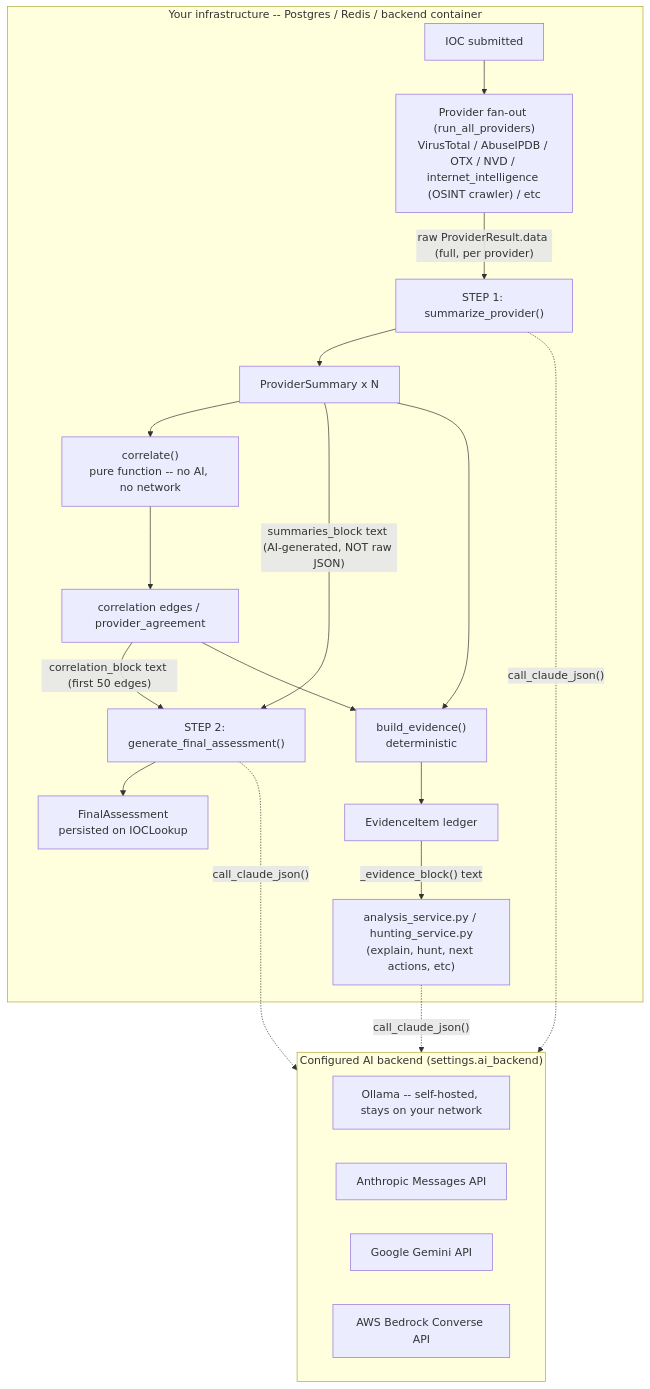
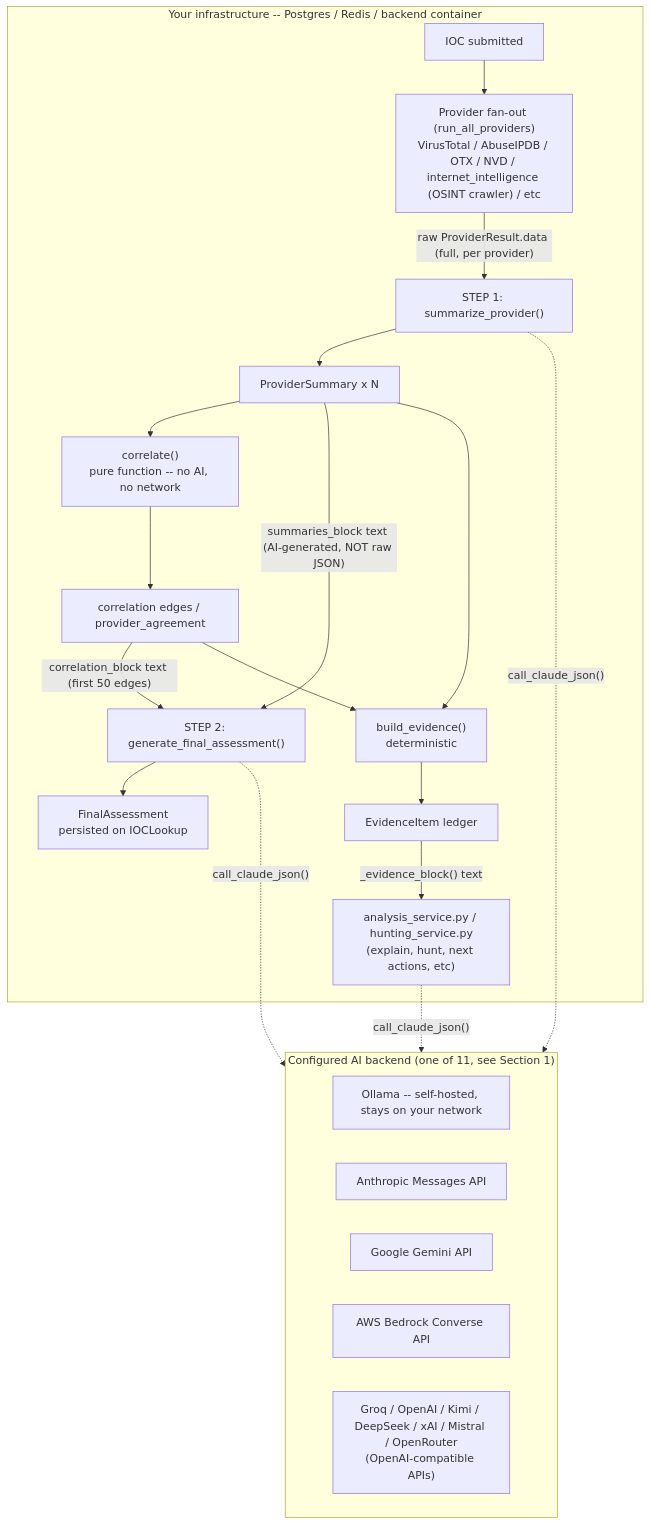
Before and after one commit to neshboy/horizon-grid: the second of 2 diagrams in docs/AI_ENGINE.md, drawn with Mermaid. The commit also changed other lines of this file and 101 other files, not shown here.

````diff
--- a/docs/AI_ENGINE.md
+++ b/docs/AI_ENGINE.md
@@ -379,26 +454,27 @@
 ```mermaid
 flowchart TB
     subgraph HOST["Your infrastructure -- Postgres / Redis / backend container"]
         IOC["IOC submitted"] --> PROV["Provider fan-out (run_all_providers)\nVirusTotal / AbuseIPDB / OTX / NVD / internet_intelligence (OSINT crawler) / etc"]
         PROV -->|"raw ProviderResult.data (full, per provider)"| STEP1["STEP 1: summarize_provider()"]
         STEP1 --> SUMM["ProviderSummary x N"]
         SUMM --> CORR["correlate()\npure function -- no AI, no network"]
         CORR --> EDGES["correlation edges / provider_agreement"]
         SUMM -->|"summaries_block text (AI-generated, NOT raw JSON)"| STEP2["STEP 2: generate_final_assessment()"]
         EDGES -->|"correlation_block text (first 50 edges)"| STEP2
         STEP2 --> FA["FinalAssessment\npersisted on IOCLookup"]
         SUMM --> EV["build_evidence()\ndeterministic"]
         EDGES --> EV
         EV --> ELED["EvidenceItem ledger"]
         ELED -->|"_evidence_block() text"| DOWNSTREAM["analysis_service.py / hunting_service.py\n(explain, hunt, next actions, etc)"]
     end
-    subgraph AIB["Configured AI backend (settings.ai_backend)"]
+    subgraph AIB["Configured AI backend (one of 11, see Section 1)"]
         OLL["Ollama -- self-hosted, stays on your network"]
         ANT["Anthropic Messages API"]
         GEM["Google Gemini API"]
         BED["AWS Bedrock Converse API"]
+        OTH["Groq / OpenAI / Kimi / DeepSeek / xAI / Mistral / OpenRouter\n(OpenAI-compatible APIs)"]
     end
     STEP1 -.->|"call_claude_json()"| AIB
     STEP2 -.->|"call_claude_json()"| AIB
     DOWNSTREAM -.->|"call_claude_json()"| AIB
 ```
````
